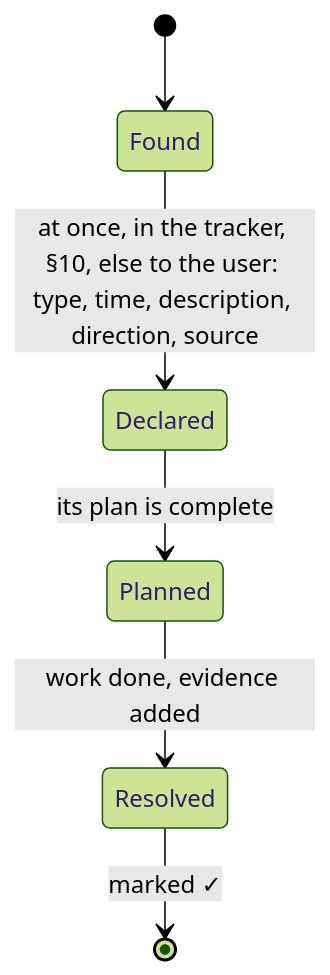
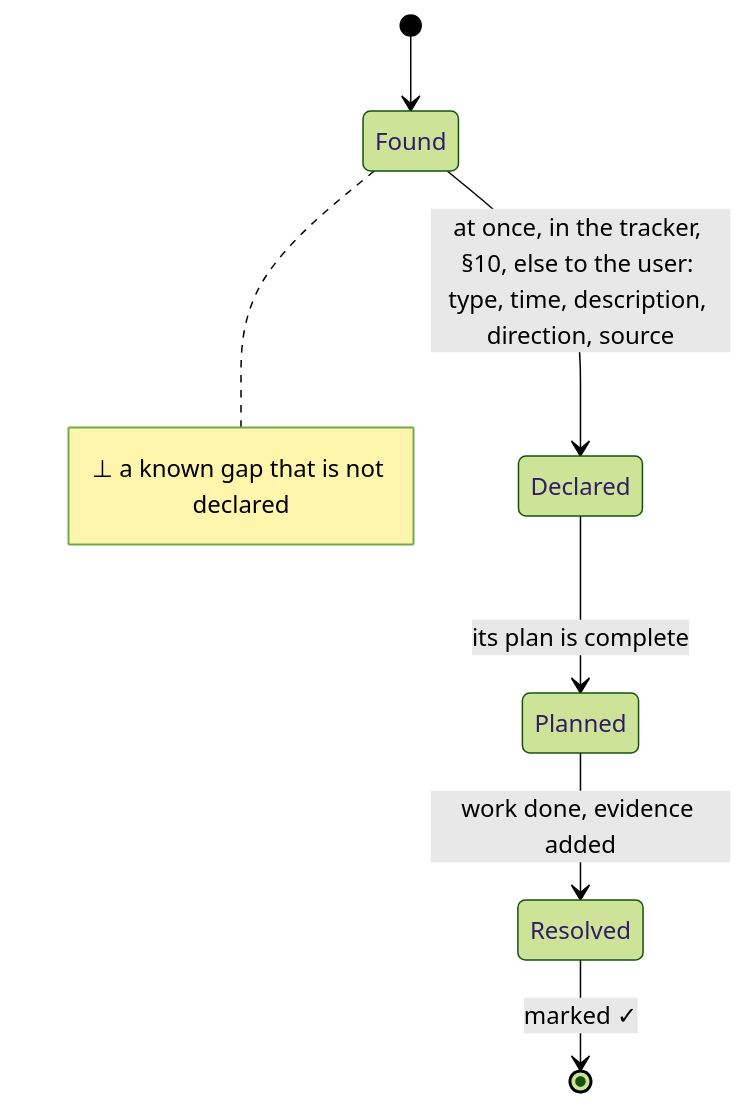
Diagram 13 of 14 in AGENTS.md (SolenixAI/arbiter), drawn with Mermaid (forest theme) before and after one commit. The commit also changed other lines of this file, not shown here.

````diff
--- a/AGENTS.md
+++ b/AGENTS.md
@@ -556,8 +595,9 @@
 ```mermaid
 stateDiagram-v2
   [*] --> Found
   Found --> Declared: at once, in the tracker, §10, else to the user: type, time, description, direction, source
   Declared --> Planned: its plan is complete
   Planned --> Resolved: work done, evidence added
   Resolved --> [*]: marked ✓
+  note right of Found : ⊥ a known gap that is not declared
 ```
````
